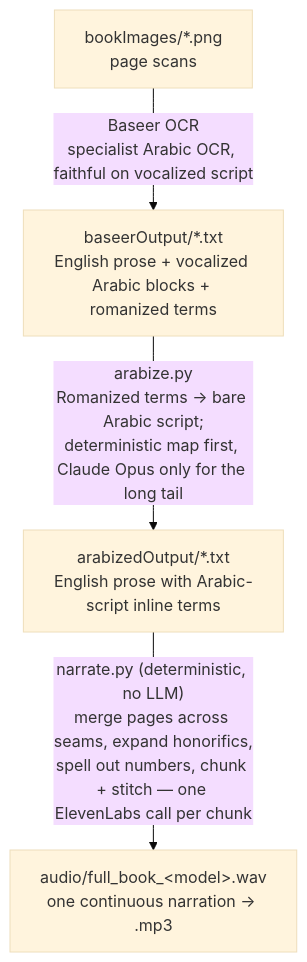
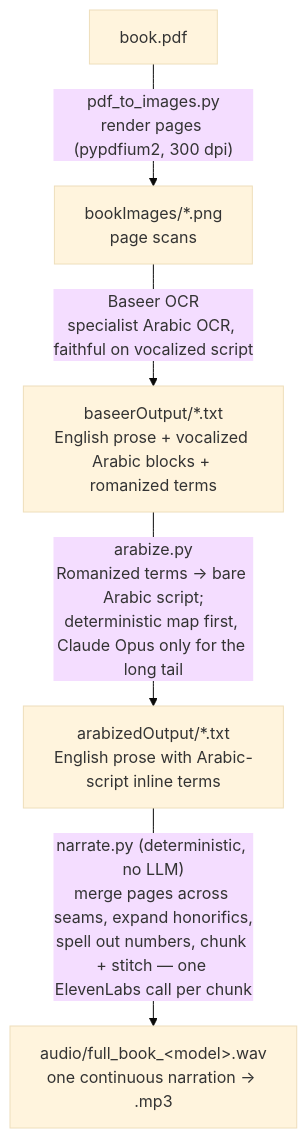
The diagram in README.md (muhammaddevops/pdf-to-audiobook), drawn with Mermaid (base theme) before and after one commit. The commit also changed other lines of this file and 2 other files, not shown here.

First line of the commit message:
Add PDF-to-images step; reposition README for any bilingual Arabic/English book

````diff
--- a/README.md
+++ b/README.md
@@ -16,10 +16,12 @@
 ```mermaid
 flowchart TD
+    P["book.pdf"]
     A["bookImages/*.png<br/>page scans"]
+    P -- "pdf_to_images.py<br/>render pages (pypdfium2, 300 dpi)" --> A
     B["baseerOutput/*.txt<br/>English prose + vocalized Arabic blocks + romanized terms"]
     C["arabizedOutput/*.txt<br/>English prose with Arabic-script inline terms"]
     D["audio/full_book_&lt;model&gt;.wav<br/>one continuous narration → .mp3"]
     A -- "Baseer OCR<br/>specialist Arabic OCR, faithful on vocalized script" --> B
     B -- "arabize.py<br/>Romanized terms → bare Arabic script;<br/>deterministic map first, Claude Opus only for the long tail" --> C
     C -- "narrate.py (deterministic, no LLM)<br/>merge pages across seams, expand honorifics,<br/>spell out numbers, chunk + stitch — one ElevenLabs call per chunk" --> D
 ```
````
